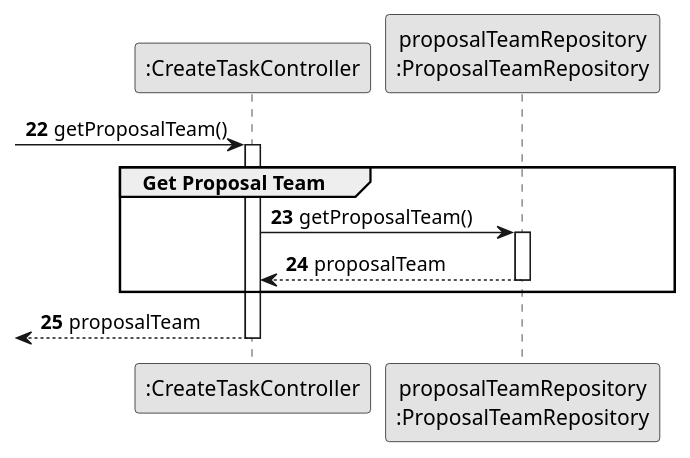
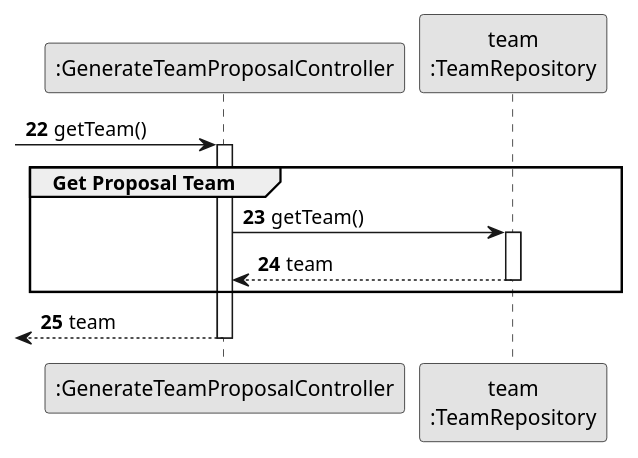
One commit to 1231360-ISEP/lei-24-s2-1db-g021 changed the diagram in docs/sprint2/us005/03.design/puml/us005-sequence-diagram-partial-proposal-team.puml. Above: the diagram before and after it, drawn with PlantUML. The commit also changed 16 other files, not shown here.

```diff
--- a/docs/sprint2/us005/03.design/puml/us005-sequence-diagram-partial-proposal-team.puml
+++ b/docs/sprint2/us005/03.design/puml/us005-sequence-diagram-partial-proposal-team.puml
@@ -1,26 +1,26 @@
 @startuml
 skinparam monochrome true
 skinparam packageStyle rectangle
 skinparam shadowing false
 
-participant ":CreateTaskController" as CTRL
-participant "proposalTeamRepository\n:ProposalTeamRepository" as ProposalTeamRepository
+participant ":GenerateTeamProposalController" as CTRL
+participant "team\n:TeamRepository" as TeamRepository
 
 autonumber 22
 
--> CTRL : getProposalTeam()
+-> CTRL : getTeam()
 activate CTRL
 
 group Get Proposal Team
-        CTRL -> ProposalTeamRepository : getProposalTeam()
-    activate ProposalTeamRepository
+        CTRL -> TeamRepository : getTeam()
+    activate TeamRepository
 
-    ProposalTeamRepository --> CTRL : proposalTeam
-    deactivate ProposalTeamRepository
+    TeamRepository --> CTRL : team
+    deactivate TeamRepository
 
 end
 
-<-- CTRL : proposalTeam
+<-- CTRL : team
 deactivate CTRL
 
 @enduml
```
